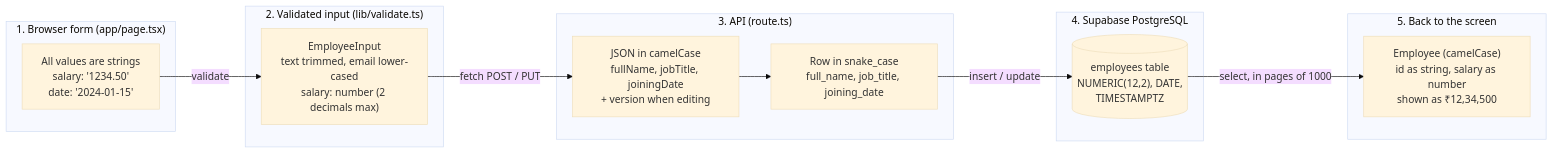
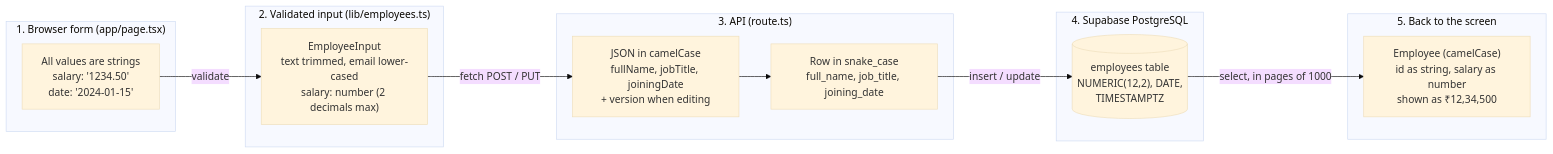
Before and after one commit to Satheshwaran26/ems: the fourth of 4 diagrams in SPEC.md, drawn with Mermaid (base theme). The commit also changed other lines of this file and 8 other files, not shown here.

````diff
--- a/SPEC.md
+++ b/SPEC.md
@@ -114,24 +114,24 @@
 ```mermaid
 flowchart LR
   subgraph L1["1. Browser form (app/page.tsx)"]
     F["All values are strings<br/>salary: '1234.50'<br/>date: '2024-01-15'"]
   end
-  subgraph L2["2. Validated input (lib/validate.ts)"]
+  subgraph L2["2. Validated input (lib/employees.ts)"]
     I["EmployeeInput<br/>text trimmed, email lower-cased<br/>salary: number (2 decimals max)"]
   end
   subgraph L3["3. API (route.ts)"]
     J["JSON in camelCase<br/>fullName, jobTitle, joiningDate<br/>+ version when editing"]
     RW["Row in snake_case<br/>full_name, job_title, joining_date"]
     J --> RW
   end
   subgraph L4["4. Supabase PostgreSQL"]
     T[("employees table<br/>NUMERIC(12,2), DATE,<br/>TIMESTAMPTZ")]
   end
   subgraph L5["5. Back to the screen"]
     E["Employee (camelCase)<br/>id as string, salary as number<br/>shown as ₹12,34,500"]
   end
   F -- "validate" --> I
   I -- "fetch POST / PUT" --> J
   RW -- "insert / update" --> T
   T -- "select, in pages of 1000" --> E
 ```
````
